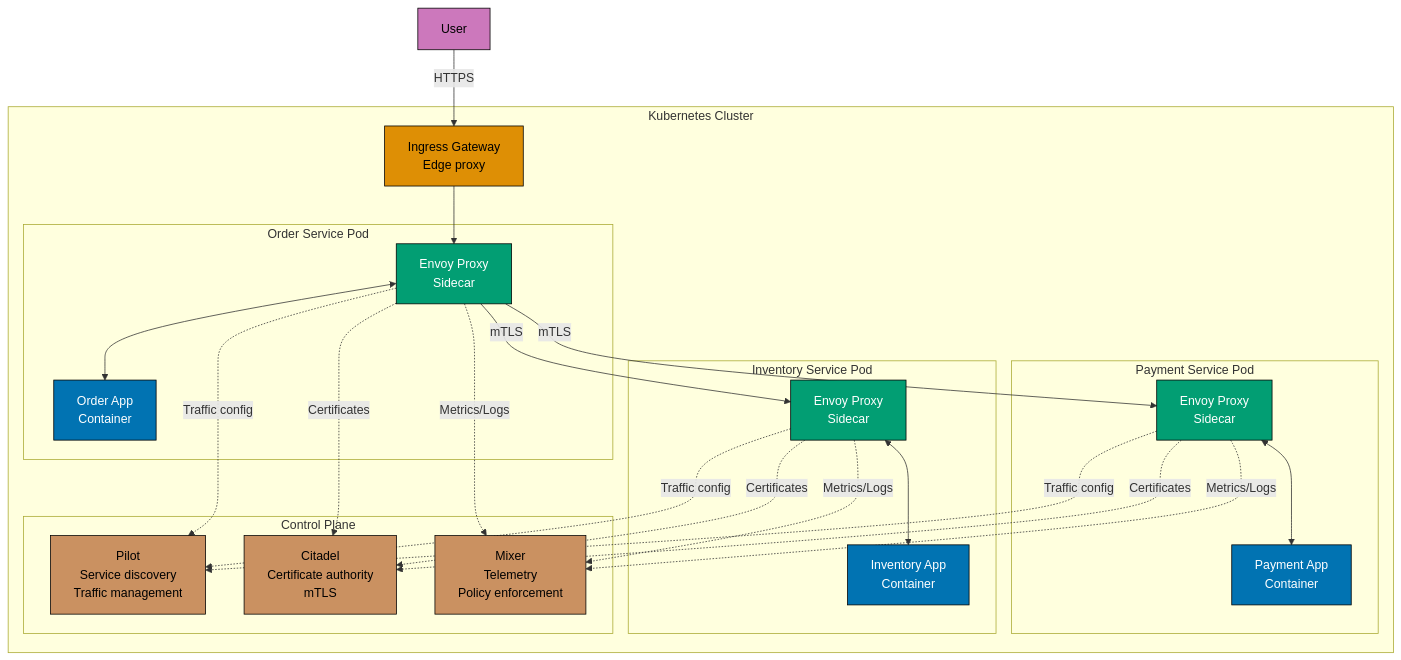
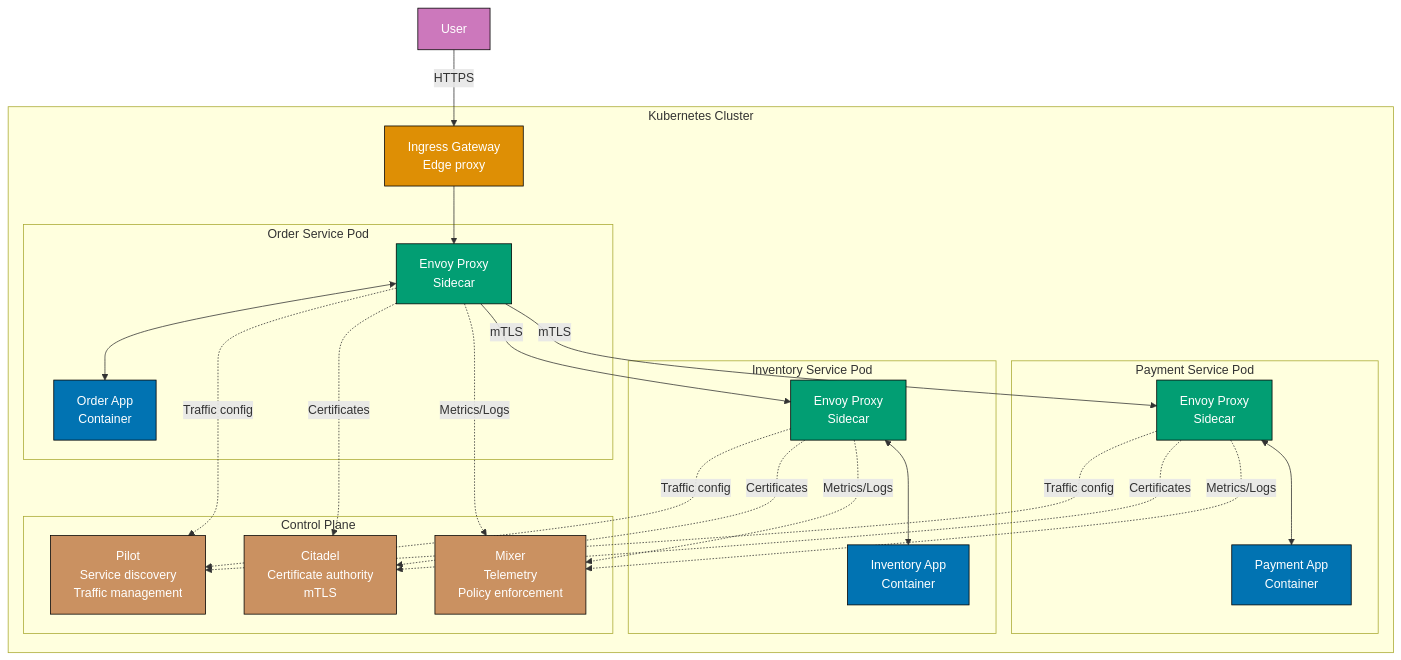
One commit to wahidyankf/open-sharia-enterprise changed the sixth of 24 diagrams in apps/ayokoding-web/content/en/learn/software-engineering/architecture/c4-architecture-model/by-example/advanced.md. Above: the diagram before and after it, drawn with Mermaid. The commit also changed other lines of this file and 61 other files, not shown here.

First line of the commit message:
fix(ayokoding-web): quote Mermaid node labels with special characters in Example 63

````diff
--- a/apps/ayokoding-web/content/en/learn/software-engineering/architecture/c4-architecture-model/by-example/advanced.md
+++ b/apps/ayokoding-web/content/en/learn/software-engineering/architecture/c4-architecture-model/by-example/advanced.md
@@ -614,61 +614,61 @@
 ```mermaid
 graph TD
     subgraph "Kubernetes Cluster"
         subgraph "Order Service Pod"
             OrderApp["Order App<br/>Container"]
             OrderProxy["Envoy Proxy<br/>Sidecar"]
         end
 
         subgraph "Payment Service Pod"
             PaymentApp["Payment App<br/>Container"]
             PaymentProxy["Envoy Proxy<br/>Sidecar"]
         end
 
         subgraph "Inventory Service Pod"
             InventoryApp["Inventory App<br/>Container"]
             InventoryProxy["Envoy Proxy<br/>Sidecar"]
         end
 
         subgraph "Control Plane"
             Pilot["Pilot<br/>Service discovery<br/>Traffic management"]
             Citadel["Citadel<br/>Certificate authority<br/>mTLS"]
             Mixer["Mixer<br/>Telemetry<br/>Policy enforcement"]
         end
 
         IngressGateway["Ingress Gateway<br/>Edge proxy"]
     end
 
     User["User"] -->|"HTTPS"| IngressGateway
     IngressGateway --> OrderProxy
 
     OrderProxy -->|"mTLS"| PaymentProxy
     OrderProxy -->|"mTLS"| InventoryProxy
 
     OrderProxy -.->|"Traffic config"| Pilot
     PaymentProxy -.->|"Traffic config"| Pilot
     InventoryProxy -.->|"Traffic config"| Pilot
 
     OrderProxy -.->|"Certificates"| Citadel
     PaymentProxy -.->|"Certificates"| Citadel
     InventoryProxy -.->|"Certificates"| Citadel
 
     OrderProxy -.->|"Metrics/Logs"| Mixer
     PaymentProxy -.->|"Metrics/Logs"| Mixer
     InventoryProxy -.->|"Metrics/Logs"| Mixer
 
     OrderProxy <--> OrderApp
     PaymentProxy <--> PaymentApp
     InventoryProxy <--> InventoryApp
 
-    style User fill:#CC78BC,stroke:#000,color:#000
-    style IngressGateway fill:#DE8F05,stroke:#000,color:#000
+    style User fill:#CC78BC,stroke:#000,color:#fff
+    style IngressGateway fill:#DE8F05,stroke:#000,color:#fff
     style OrderProxy fill:#029E73,stroke:#000,color:#fff
     style PaymentProxy fill:#029E73,stroke:#000,color:#fff
     style InventoryProxy fill:#029E73,stroke:#000,color:#fff
     style OrderApp fill:#0173B2,stroke:#000,color:#fff
     style PaymentApp fill:#0173B2,stroke:#000,color:#fff
     style InventoryApp fill:#0173B2,stroke:#000,color:#fff
-    style Pilot fill:#CA9161,stroke:#000,color:#000
-    style Citadel fill:#CA9161,stroke:#000,color:#000
-    style Mixer fill:#CA9161,stroke:#000,color:#000
+    style Pilot fill:#CA9161,stroke:#000,color:#fff
+    style Citadel fill:#CA9161,stroke:#000,color:#fff
+    style Mixer fill:#CA9161,stroke:#000,color:#fff
 ```
````
